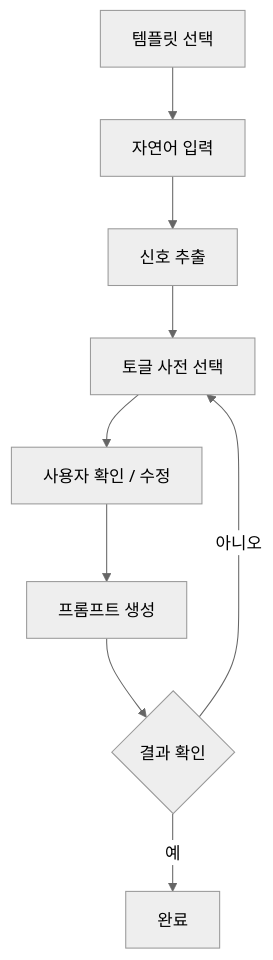
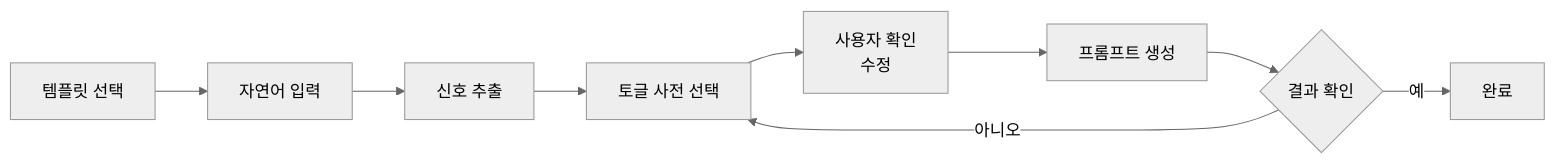
Before and after one commit to godgeul-glitch/my-blog: the first of 2 diagrams in _posts/2026-09-07-yahoo-prompt-planning.md, drawn with Mermaid (neutral theme).

Commit message:
Lay the processing-flow diagram out horizontally
flowchart TD made a tall, narrow diagram, and the theme stretches mermaid SVGs
to width: 100%, so the container took the full article width while the drawing
only used a sliver of it - most of the box was empty.

LR fills that width instead, and the box collapses to the height it needs.
"사용자 확인 / 수정" wraps onto two lines so the widest node does not set the
scale for the whole row.

````diff
--- a/_posts/2026-09-07-yahoo-prompt-planning.md
+++ b/_posts/2026-09-07-yahoo-prompt-planning.md
@@ -63,11 +63,7 @@
 ```mermaid
-flowchart TD
-    A["템플릿 선택"] --> B["자연어 입력"]
-    B --> C["신호 추출"]
-    C --> D["토글 사전 선택"]
-    D --> E["사용자 확인 / 수정"]
-    E --> F["프롬프트 생성"]
-    F --> G{"결과 확인"}
+flowchart LR
+    A["템플릿 선택"] --> B["자연어 입력"] --> C["신호 추출"] --> D["토글 사전 선택"]
+    D --> E["사용자 확인<br/>수정"] --> F["프롬프트 생성"] --> G{"결과 확인"}
     G -->|예| H["완료"]
     G -->|아니오| D
 ```
````
